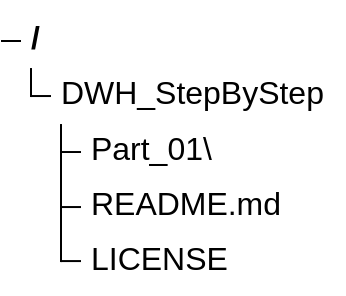
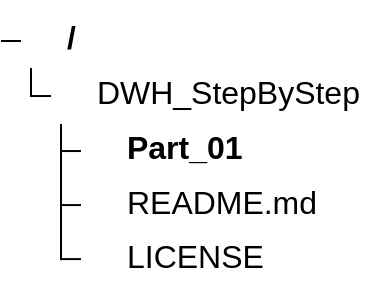
One commit to dyacc11/DWH-StepByStep changed the diagram in README.md. Above: the diagram before and after it, drawn with Mermaid. The commit also changed 9 other files, not shown here.

````diff
--- a/README.md
+++ b/README.md
@@ -13,7 +13,12 @@
 ```mermaid
+---
+config:
+  treeView:
+    showIcons: true
+---
 treeView-beta
   DWH_StepByStep
-    Part_01\
+    Part_01/
     README.md
     LICENSE
 ```
````
